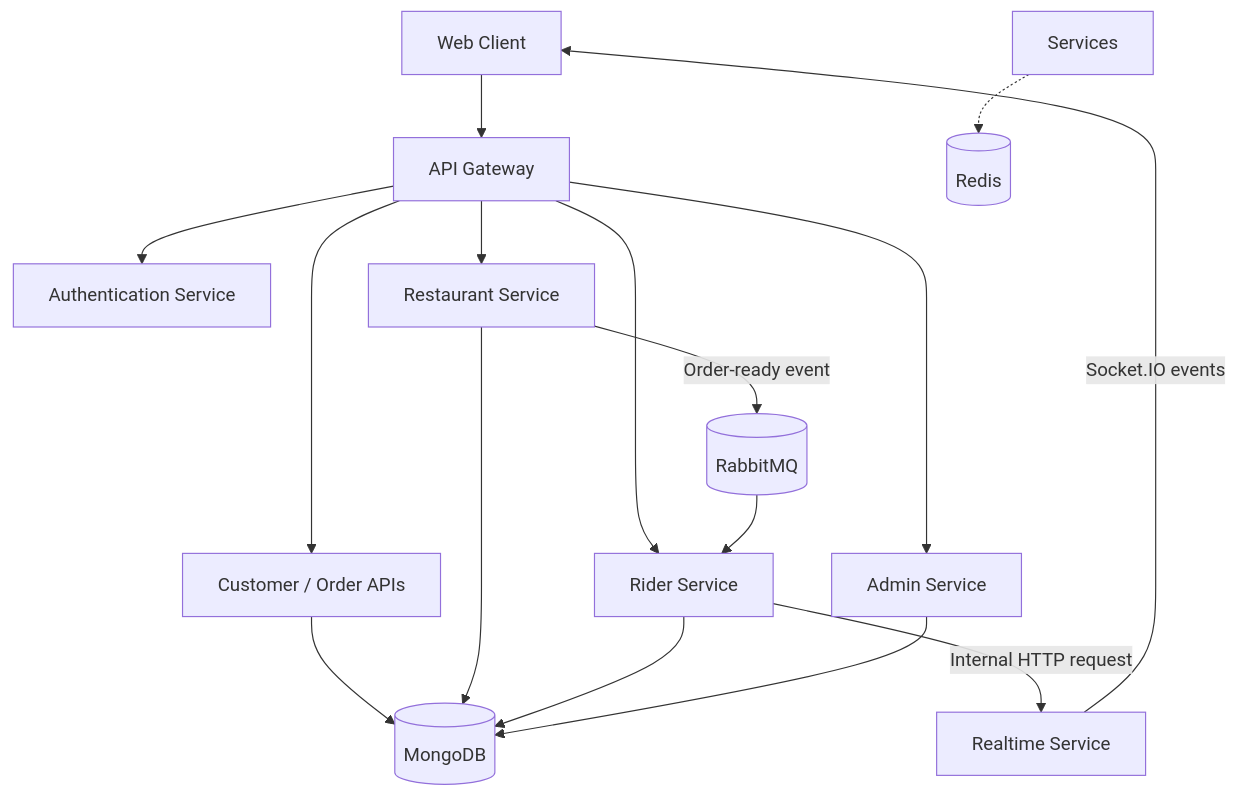
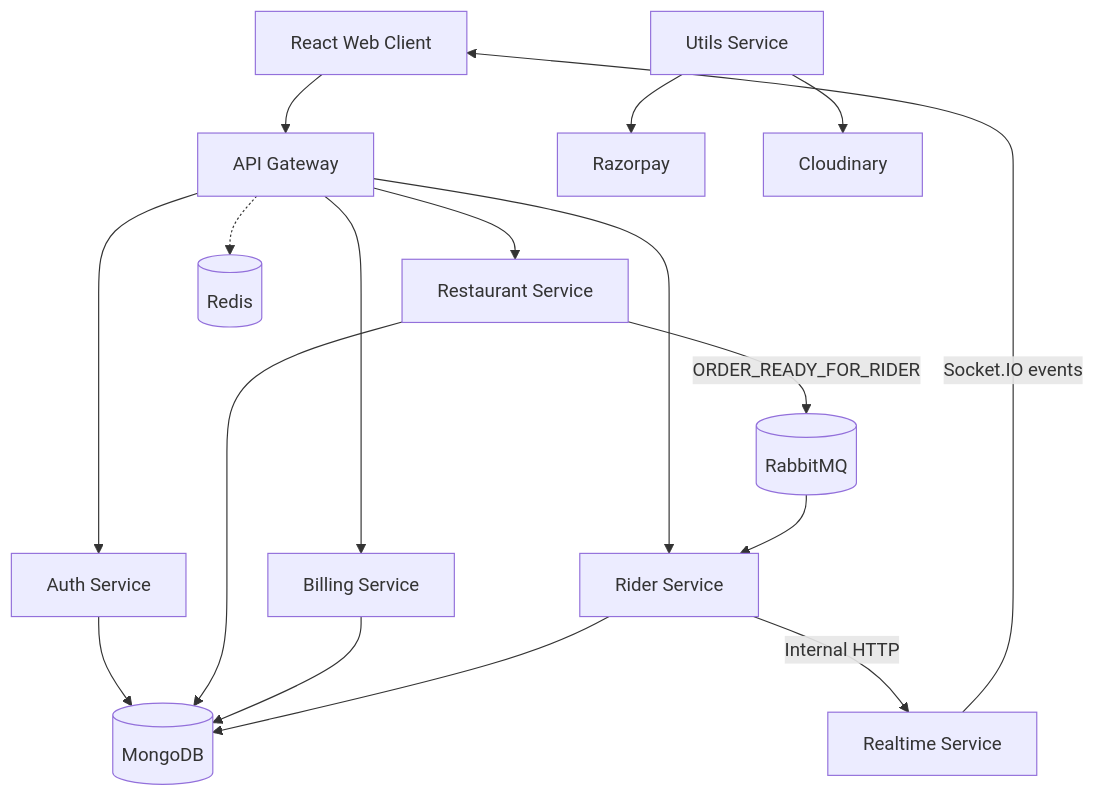
One commit to MohitCode17/cravehub-food-ordering-app changed the diagram in README.md. Above: the diagram before and after it, drawn with Mermaid. The commit also changed other lines of this file, not shown here.

````diff
--- a/README.md
+++ b/README.md
@@ -61,18 +48,19 @@
-``` mermaid
+```mermaid
 flowchart TD
-    Client[Web Client] --> Gateway[API Gateway]
-    Gateway --> Auth[Authentication Service]
-    Gateway --> Customer[Customer / Order APIs]
+    Client[React Web Client] --> Gateway[API Gateway]
+    Gateway --> Auth[Auth Service]
     Gateway --> Restaurant[Restaurant Service]
+    Gateway --> Billing[Billing Service]
     Gateway --> Rider[Rider Service]
-    Gateway --> Admin[Admin Service]
-    Restaurant -->|Order-ready event| RabbitMQ[(RabbitMQ)]
+    Utils[Utils Service] --> Razorpay[Razorpay]
+    Utils --> Cloudinary[Cloudinary]
+    Restaurant -->|ORDER_READY_FOR_RIDER| RabbitMQ[(RabbitMQ)]
     RabbitMQ --> Rider
-    Rider -->|Internal HTTP request| Realtime[Realtime Service]
+    Rider -->|Internal HTTP| Realtime[Realtime Service]
     Realtime -->|Socket.IO events| Client
-    Customer --> MongoDB[(MongoDB)]
+    Auth --> MongoDB[(MongoDB)]
     Restaurant --> MongoDB
+    Billing --> MongoDB
     Rider --> MongoDB
-    Admin --> MongoDB
-    Services -.-> Redis[(Redis)]
+    Gateway -.-> Redis[(Redis)]
 ```
````
